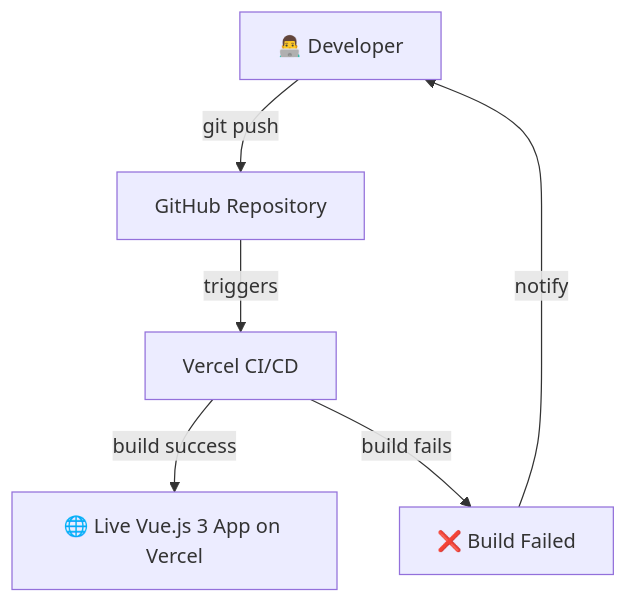
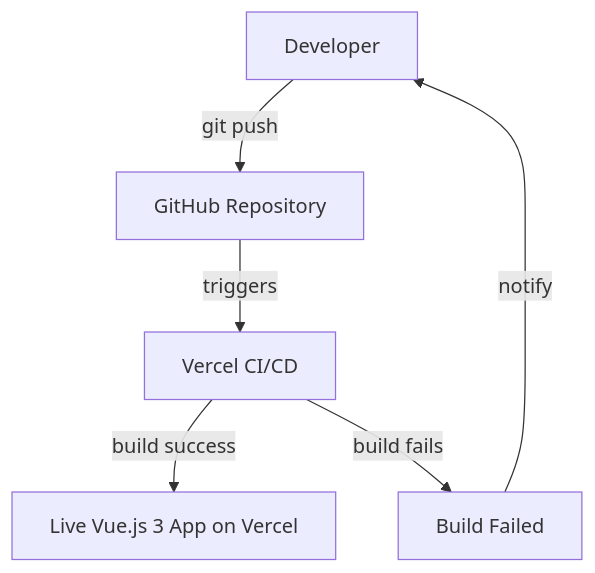
Before and after one commit to DejanVjestica/vuevibe: the first of 2 diagrams in README.md, drawn with Mermaid. The commit also changed other lines of this file, not shown here.

Commit message:
update diagramm in readme

````diff
--- a/README.md
+++ b/README.md
@@ -89,8 +89,8 @@
 ```mermaid
 flowchart TD
-    Dev[👨‍💻 Developer] -->|git push| GH[GitHub Repository]
+    Dev[ Developer] -->|git push| GH[GitHub Repository]
     GH -->|triggers| VC[Vercel CI/CD]
-    VC -->|build success| APP[🌐 Live Vue.js 3 App on Vercel]
-    VC -->|build fails| FAIL[❌ Build Failed]
+    VC -->|build success| APP[ Live Vue.js 3 App on Vercel]
+    VC -->|build fails| FAIL[ Build Failed]
     FAIL -->|notify| Dev
 ```
````
